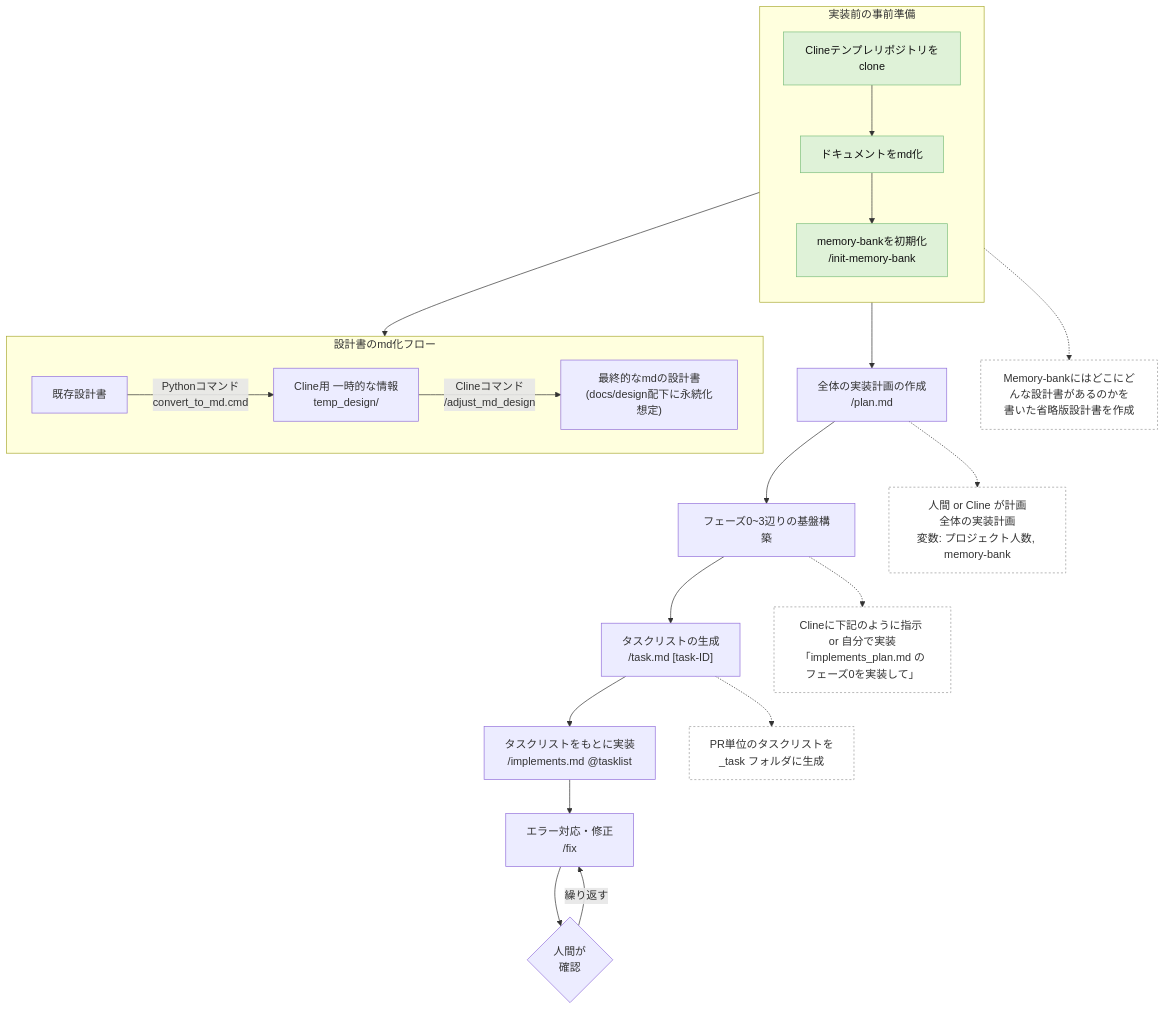
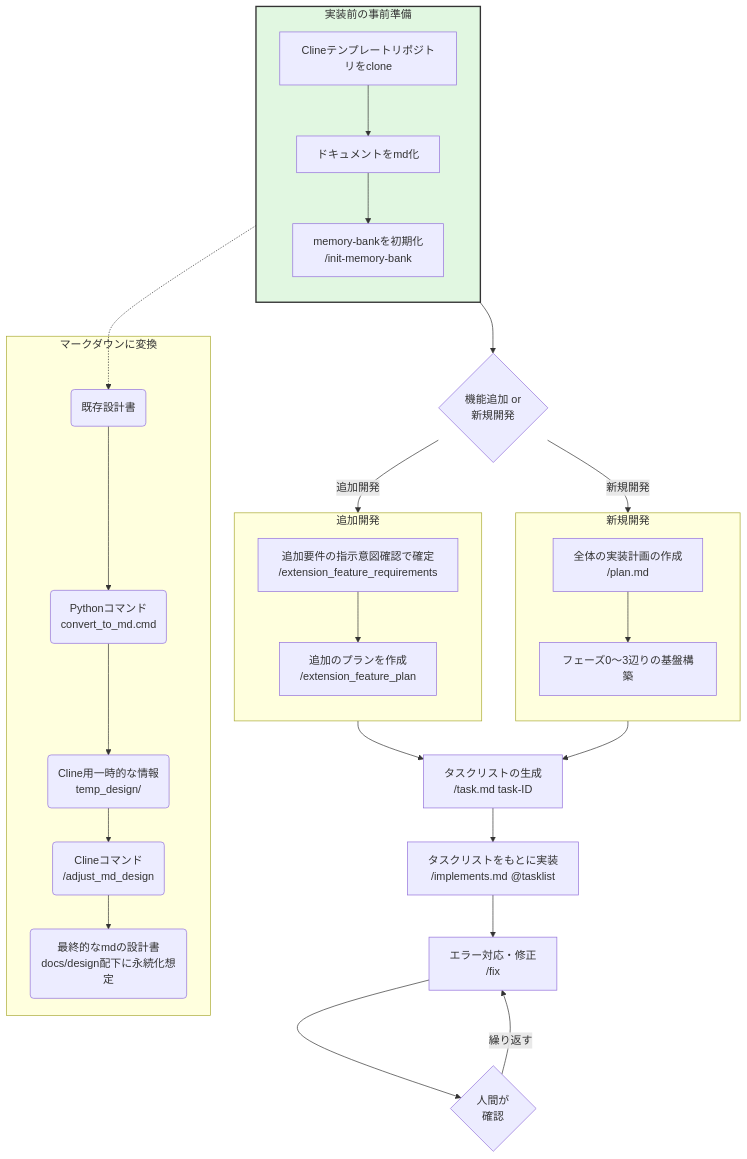
One commit to RyukaST077/ai-first-project changed the diagram in docs/開発全体のワークフロー図.md. Above: the diagram before and after it, drawn with Mermaid.

````diff
--- a/docs/開発全体のワークフロー図.md
+++ b/docs/開発全体のワークフロー図.md
@@ -1,46 +1,71 @@
 ```mermaid
 flowchart TB
-  %% --- Styles ---
-  classDef prep fill:#dff2d8,stroke:#7dbf7d,color:#111;
-  classDef note fill:#fff,stroke:#999,stroke-dasharray: 3 3,color:#333;
+    %% --- スタイル定義 ---
+    classDef greenFill fill:#e1f7e1,stroke:#333,stroke-width:2px
+    classDef note fill:#fff,stroke:#333,stroke-dasharray: 5 5
 
-  %% --- Pre-implementation prep (green box) ---
-  subgraph PRE[実装前の事前準備]
-    direction TB
-    A[Clineテンプレリポジトリをclone]:::prep --> B[ドキュメントをmd化]:::prep --> C[memory-bankを初期化<br/>/init-memory-bank]:::prep
-  end
+    %% --- 実装前の事前準備 ---
+    subgraph Prep["実装前の事前準備"]
+        direction TB
+        CloneRepo["Clineテンプレートリポジトリをclone"]
+        DocToMd["ドキュメントをmd化"]
+        InitMB["memory-bankを初期化<br>/init-memory-bank"]
+    end
+    class Prep greenFill
 
-  %% --- Design-doc conversion flow (top right) ---
-  subgraph DOCFLOW[設計書のmd化フロー]
-    direction LR
-    X[既存設計書] -->|Pythonコマンド<br/>convert_to_md.cmd| Y[Cline用 一時的な情報<br/>temp_design/]
-    Y -->|Clineコマンド<br/>/adjust_md_design| Z["最終的なmdの設計書<br/>(docs/design配下に永続化想定)"]
-  end
+    %% --- 新規開発 ---
+    subgraph NewDev["新規開発"]
+        direction TB
+        PlanMd["全体の実装計画の作成<br>/plan.md"]
+        InfraBuild["フェーズ0〜3辺りの基盤構築"]
+    end
 
-  %% Link between prep and docflow
-  B --> X
+    %% --- 追加開発 ---
+    subgraph AddDev["追加開発"]
+        direction TB
+        ExtReq["追加要件の指示意図確認で確定<br>/extension_feature_requirements"]
+        ExtPlan["追加のプランを作成<br>/extension_feature_plan"]
+    end
 
-  %% --- Main implementation workflow (vertical) ---
-  C --> D[全体の実装計画の作成<br/>/plan.md]
-  D --> E[フェーズ0~3辺りの基盤構築]
-  E --> F["タスクリストの生成<br/>/task.md [task-ID]"]
-  F --> G[タスクリストをもとに実装<br/>/implements.md @tasklist]
-  G --> H[エラー対応・修正<br/>/fix]
-  H --> I{人間が<br/>確認}
-  I -->|繰り返す| H
+    %% --- 詳細フロー: マークダウン変換 ---
+    %% 修正点: ここを明確に記述し、古い環境でも動くように標準記法に変更
+    subgraph ToMd["マークダウンに変換"]
+        ExistingDoc("既存設計書")
+        PyCmd("Pythonコマンド<br>convert_to_md.cmd")
+        TempInfo("Cline用一時的な情報<br>temp_design/")
+        ClineCmd("Clineコマンド<br>/adjust_md_design")
+        FinalMD("最終的なmdの設計書<br>docs/design配下に永続化想定")
+    end
 
-  %% --- Notes / Annotations ---
-  N1[Memory-bankにはどこにどんな設計書があるのかを<br/>書いた省略版設計書を作成]:::note
-  C -.-> N1
+    %% --- 接続定義 ---
+    CloneRepo --> DocToMd
+    DocToMd --> InitMB
 
-  N2[人間 or Cline が計画<br/>全体の実装計画<br/>変数: プロジェクト人数, memory-bank]:::note
-  D -.-> N2
+    %% DocToMdからの点線接続
+    DocToMd -.-> ExistingDoc
+    
+    %% ToMd内部の接続
+    ExistingDoc --> PyCmd
+    PyCmd --> TempInfo
+    TempInfo --> ClineCmd
+    ClineCmd --> FinalMD
 
-  N3[Clineに下記のように指示 or 自分で実装<br/>「implements_plan.md のフェーズ0を実装して」]:::note
-  E -.-> N3
-
-  N4[PR単位のタスクリストを<br/>_task フォルダに生成]:::note
-  F -.-> N4
-
-
+    %% メインフローの分岐
+    InitMB --> Decision{"機能追加 or<br>新規開発"}
+    
+    Decision -- 新規開発 --> PlanMd
+    PlanMd --> InfraBuild
+    
+    Decision -- 追加開発 --> ExtReq
+    ExtReq --> ExtPlan
+    
+    %% 合流と実装
+    GenTask["タスクリストの生成<br>/task.md task-ID"]
+    InfraBuild --> GenTask
+    ExtPlan --> GenTask
+    
+    GenTask --> Impl["タスクリストをもとに実装<br>/implements.md @tasklist"]
+    Impl --> Fix["エラー対応・修正<br>/fix"]
+    Fix --> Check{"人間が<br>確認"}
+    Check -- 繰り返す --> Fix
 ```
````
